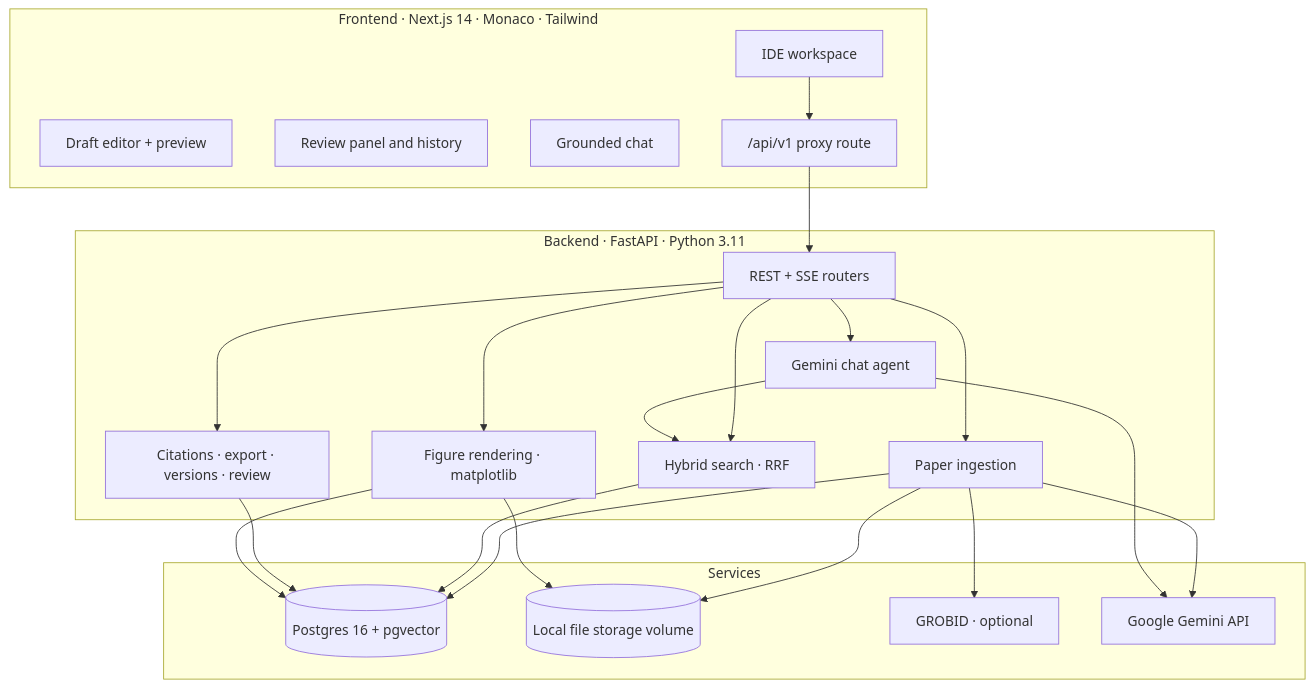
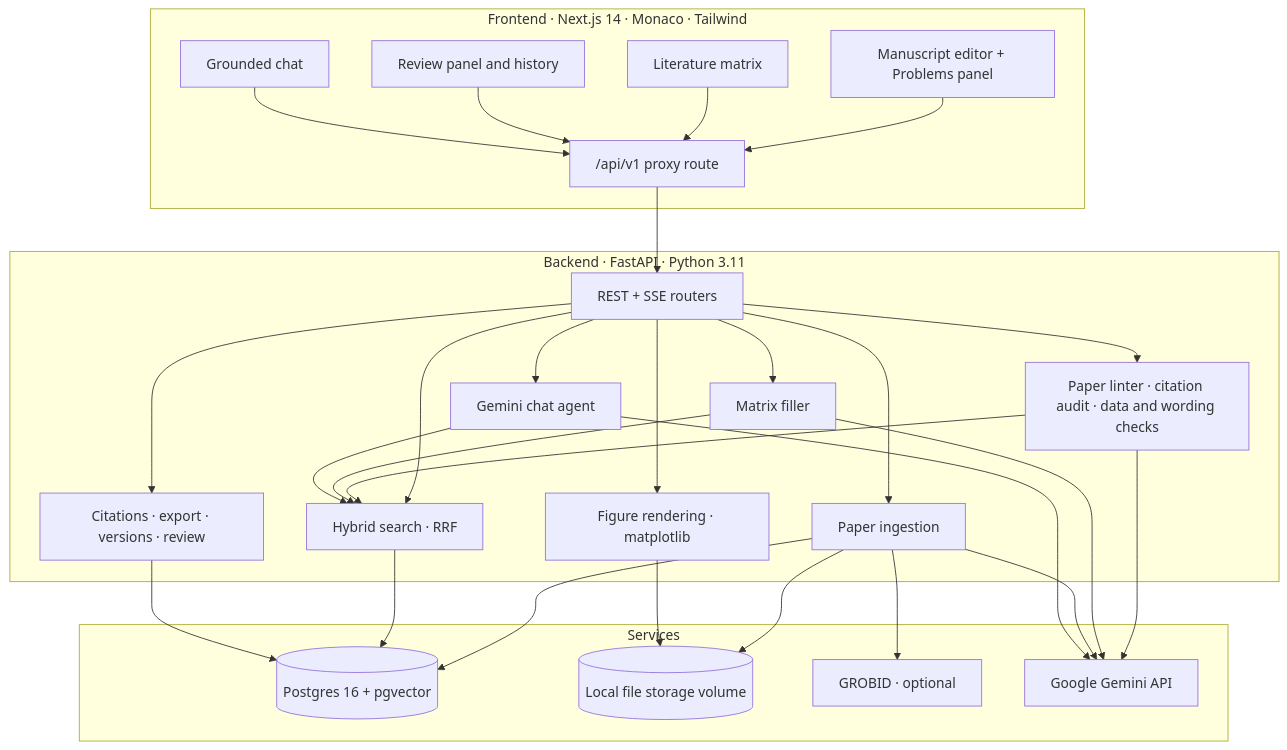
Before and after one commit to rynxnet/HackPSU-2026: the diagram in README.md, drawn with Mermaid. The commit also changed other lines of this file, not shown here.

First line of the commit message:
docs: lead the README with the paper linter and literature matrix

````diff
--- a/README.md
+++ b/README.md
@@ -88,39 +130,48 @@
 ```mermaid
 flowchart TD
     subgraph Client ["Frontend · Next.js 14 · Monaco · Tailwind"]
-        UI[IDE workspace]
-        Editor[Draft editor + preview]
+        Editor[Manuscript editor + Problems panel]
+        Matrix[Literature matrix]
         Review[Review panel and history]
         Chat[Grounded chat]
         Proxy["/api/v1 proxy route"]
     end
 
     subgraph Backend ["Backend · FastAPI · Python 3.11"]
         API[REST + SSE routers]
+        Lint[Paper linter · citation audit · data and wording checks]
+        Fill[Matrix filler]
         Ingest[Paper ingestion]
         Search[Hybrid search · RRF]
         Agent[Gemini chat agent]
         Writing[Citations · export · versions · review]
         Figures[Figure rendering · matplotlib]
     end
 
     subgraph Infra ["Services"]
         PG[(Postgres 16 + pgvector)]
         Files[(Local file storage volume)]
         GROBID[GROBID · optional]
         Gemini[Google Gemini API]
     end
 
-    UI --> Proxy --> API
-    API --> Ingest & Search & Agent & Writing & Figures
+    Editor --> Proxy
+    Matrix --> Proxy
+    Review --> Proxy
+    Chat --> Proxy
+    Proxy --> API
+    API --> Lint & Fill & Ingest & Search & Agent & Writing & Figures
+    Lint --> Search
+    Lint --> Gemini
+    Fill --> Search
+    Fill --> Gemini
     Ingest --> GROBID
     Ingest --> Files
     Ingest --> Gemini
     Ingest --> PG
     Search --> PG
     Agent --> Search
     Agent --> Gemini
     Writing --> PG
     Figures --> Files
-    Figures --> PG
 ```
````
